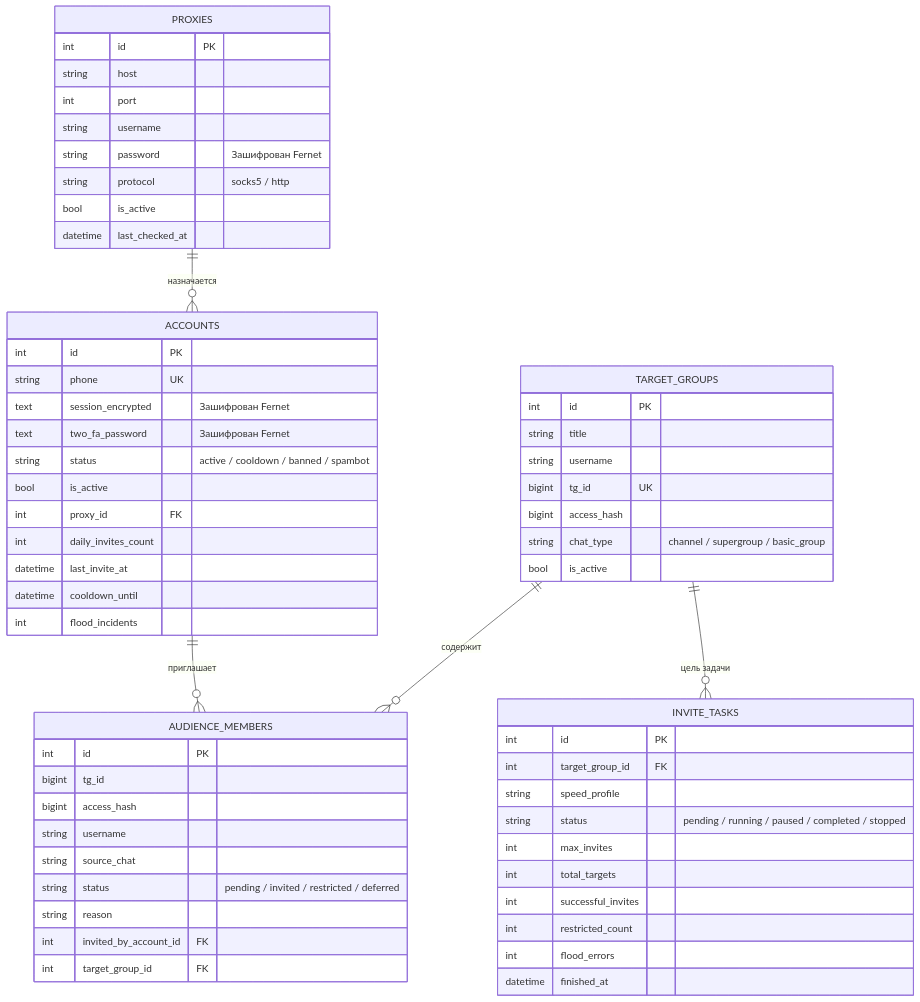
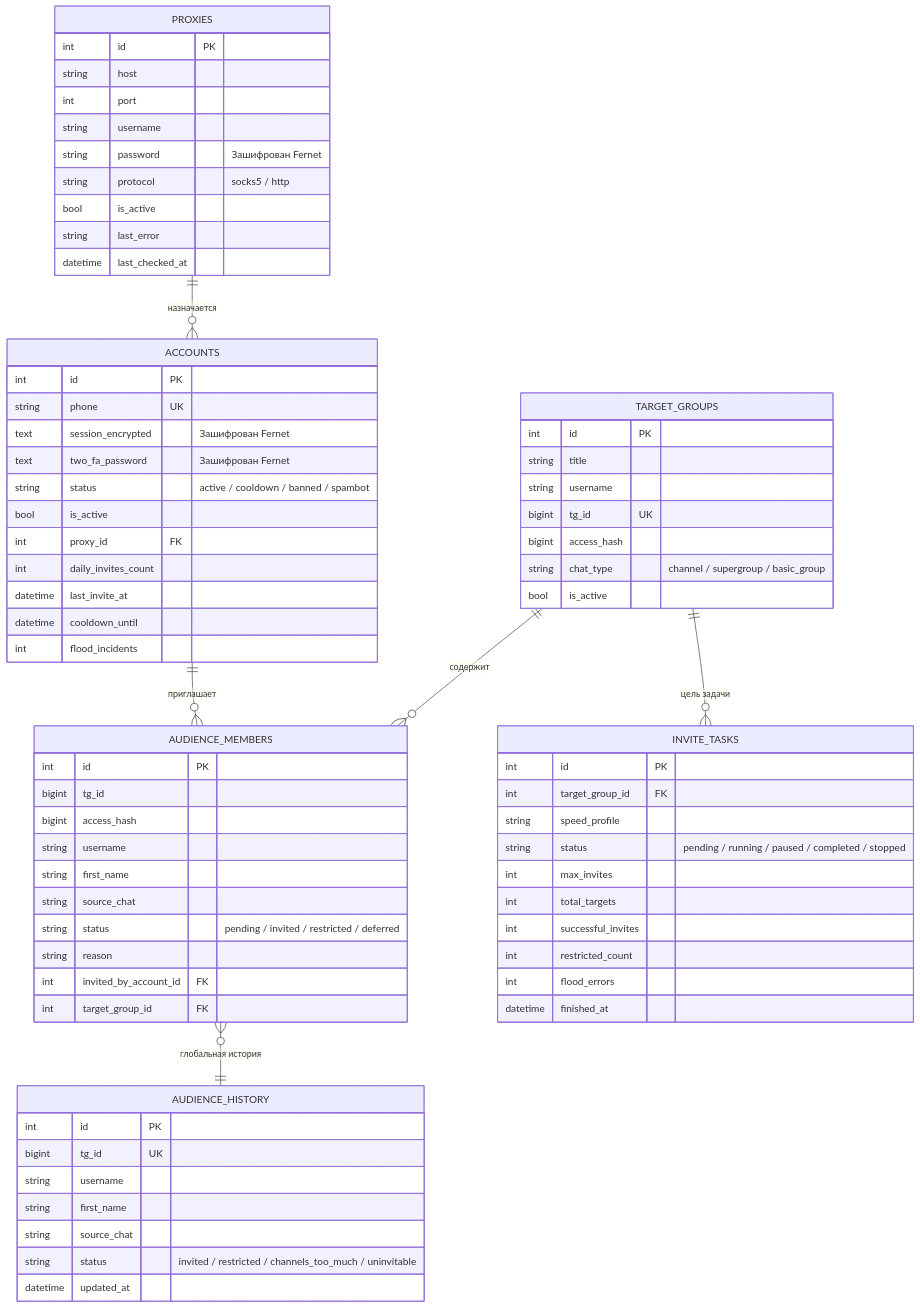
Before and after one commit to ivanchik-byte/tg-invite-machine: the second of 2 diagrams in docs/ARCHITECTURE.md, drawn with Mermaid. The commit also changed other lines of this file and 11 other files, not shown here.

Commit message:
docs: update architecture, readme and comments for v0.1.2

````diff
--- a/docs/ARCHITECTURE.md
+++ b/docs/ARCHITECTURE.md
@@ -186,67 +201,80 @@
 ```mermaid
 erDiagram
     PROXIES ||--o{ ACCOUNTS : "назначается"
     ACCOUNTS ||--o{ AUDIENCE_MEMBERS : "приглашает"
     TARGET_GROUPS ||--o{ AUDIENCE_MEMBERS : "содержит"
     TARGET_GROUPS ||--o{ INVITE_TASKS : "цель задачи"
+    AUDIENCE_MEMBERS }o--|| AUDIENCE_HISTORY : "глобальная история"
 
     PROXIES {
         int id PK
         string host
         int port
         string username
         string password "Зашифрован Fernet"
         string protocol "socks5 / http"
         bool is_active
+        string last_error
         datetime last_checked_at
     }
 
     ACCOUNTS {
         int id PK
         string phone UK
         text session_encrypted "Зашифрован Fernet"
         text two_fa_password "Зашифрован Fernet"
         string status "active / cooldown / banned / spambot"
         bool is_active
         int proxy_id FK
         int daily_invites_count
         datetime last_invite_at
         datetime cooldown_until
         int flood_incidents
     }
 
     TARGET_GROUPS {
         int id PK
         string title
         string username
         bigint tg_id UK
         bigint access_hash
         string chat_type "channel / supergroup / basic_group"
         bool is_active
     }
 
     AUDIENCE_MEMBERS {
         int id PK
         bigint tg_id
         bigint access_hash
         string username
+        string first_name
         string source_chat
         string status "pending / invited / restricted / deferred"
         string reason
         int invited_by_account_id FK
         int target_group_id FK
+    }
+
+    AUDIENCE_HISTORY {
+        int id PK
+        bigint tg_id UK
+        string username
+        string first_name
+        string source_chat
+        string status "invited / restricted / channels_too_much / uninvitable"
+        datetime updated_at
     }
 
     INVITE_TASKS {
         int id PK
         int target_group_id FK
         string speed_profile
         string status "pending / running / paused / completed / stopped"
         int max_invites
         int total_targets
         int successful_invites
         int restricted_count
         int flood_errors
         datetime finished_at
     }
 ```
````
